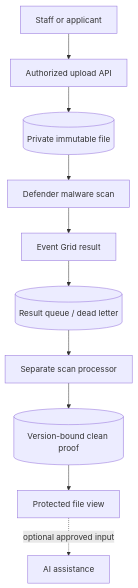
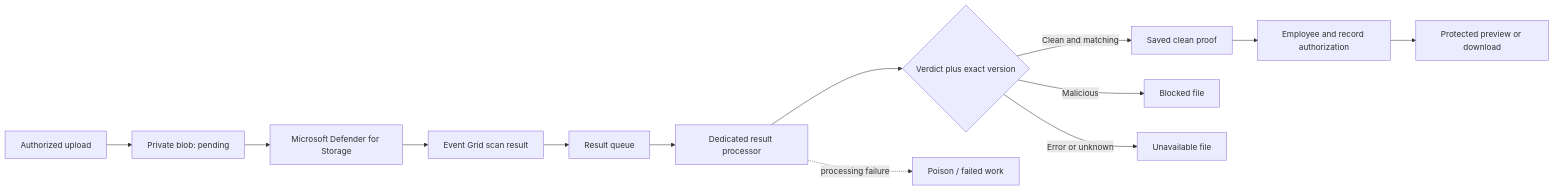
One commit to truthofsource/secure-serverless-document-processing changed the diagram in docs/ARCHITECTURE.md. Above: the diagram before and after it, drawn with Mermaid. The commit also changed other lines of this file and 24 other files, not shown here.

Commit message:
Focus project on Defender malware scanning, quarantine and scan-result recovery

````diff
--- a/docs/ARCHITECTURE.md
+++ b/docs/ARCHITECTURE.md
@@ -14,12 +13,15 @@
 ```mermaid
-flowchart TD
-  User[Staff or applicant] --> API[Authorized upload API]
-  API --> Blob[(Private immutable file)]
-  Blob --> Scan[Defender malware scan]
-  Scan --> Event[Event Grid result]
-  Event --> Queue[(Result queue / dead letter)]
-  Queue --> Processor[Separate scan processor]
-  Processor --> Proof[(Version-bound clean proof)]
-  Proof --> Download[Protected file view]
-  Download -. optional approved input .-> AI[AI assistance]
+flowchart LR
+  Upload[Authorized upload] --> Blob[Private blob: pending]
+  Blob --> Defender[Microsoft Defender for Storage]
+  Defender --> Event[Event Grid scan result]
+  Event --> Queue[Result queue]
+  Queue --> Worker[Dedicated result processor]
+  Worker --> State{Verdict plus exact version}
+  State -->|Clean and matching| Proof[Saved clean proof]
+  State -->|Malicious| Blocked[Blocked file]
+  State -->|Error or unknown| Error[Unavailable file]
+  Worker -. processing failure .-> Poison[Poison / failed work]
+  Proof --> Auth[Employee and record authorization]
+  Auth --> View[Protected preview or download]
 ```
````
